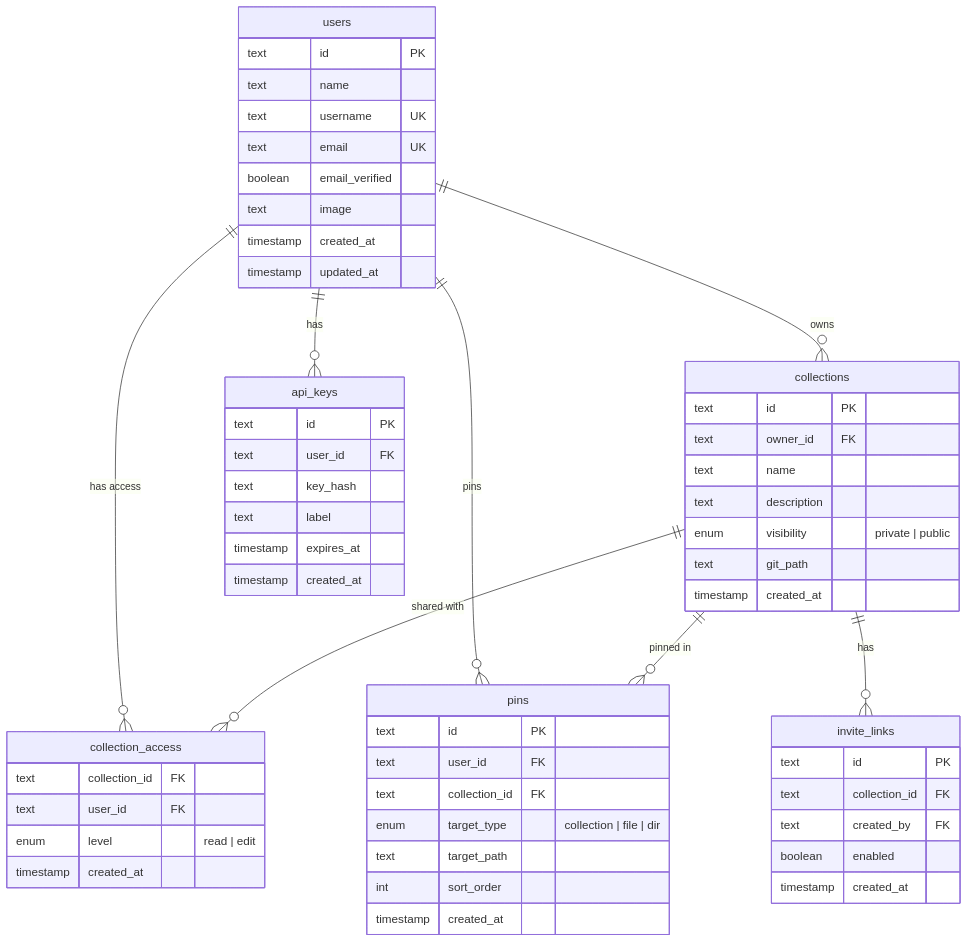
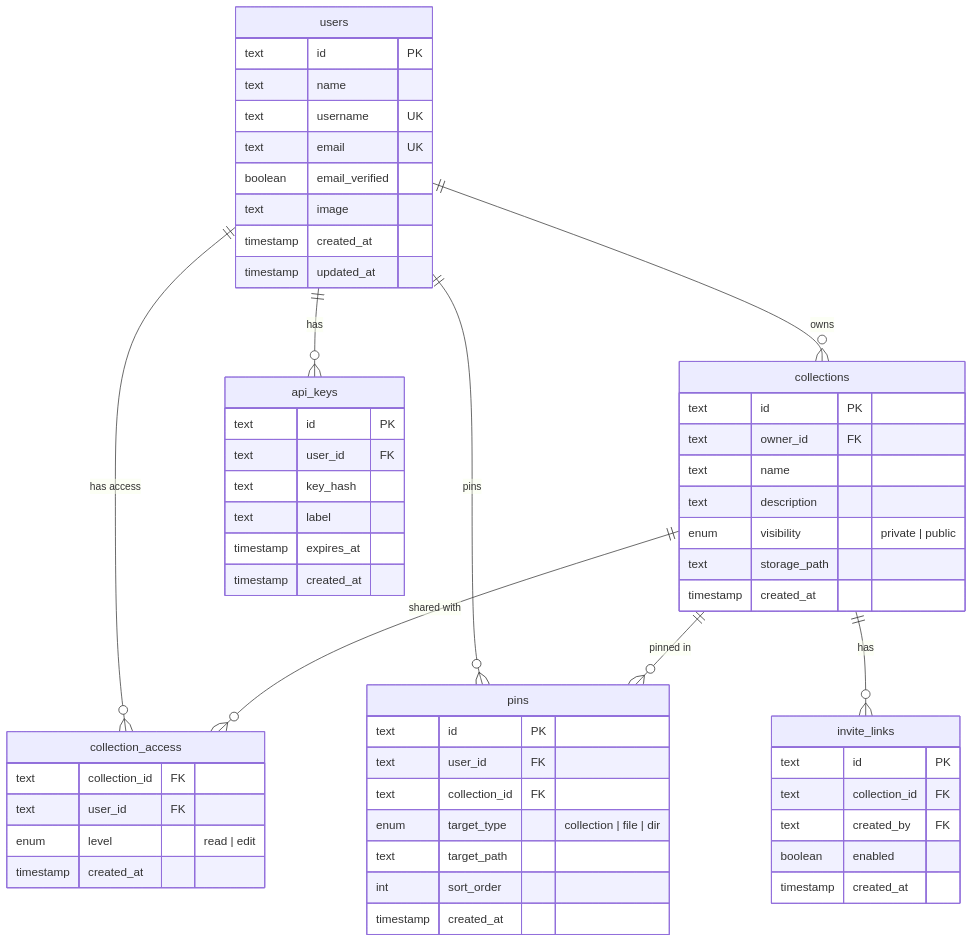
Before and after one commit to glance2life/openarti: the third of 11 diagrams in design.md, drawn with Mermaid. The commit also changed other lines of this file and 5 other files, not shown here.

````diff
--- a/design.md
+++ b/design.md
@@ -106,65 +106,65 @@
 ```mermaid
 erDiagram
     users {
         text id PK
         text name
         text username UK
         text email UK
         boolean email_verified
         text image
         timestamp created_at
         timestamp updated_at
     }
 
     collections {
         text id PK
         text owner_id FK
         text name
         text description
         enum visibility "private | public"
-        text git_path
+        text storage_path
         timestamp created_at
     }
 
     collection_access {
         text collection_id FK
         text user_id FK
         enum level "read | edit"
         timestamp created_at
     }
 
     api_keys {
         text id PK
         text user_id FK
         text key_hash
         text label
         timestamp expires_at
         timestamp created_at
     }
 
     pins {
         text id PK
         text user_id FK
         text collection_id FK
         enum target_type "collection | file | dir"
         text target_path
         int sort_order
         timestamp created_at
     }
 
     invite_links {
         text id PK
         text collection_id FK
         text created_by FK
         boolean enabled
         timestamp created_at
     }
 
     users ||--o{ collections : "owns"
     users ||--o{ collection_access : "has access"
     collections ||--o{ collection_access : "shared with"
     users ||--o{ api_keys : "has"
     users ||--o{ pins : "pins"
     collections ||--o{ pins : "pinned in"
     collections ||--o{ invite_links : "has"
 ```
````
